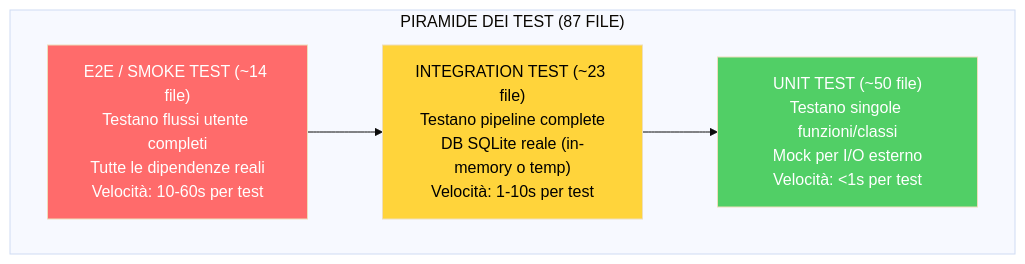
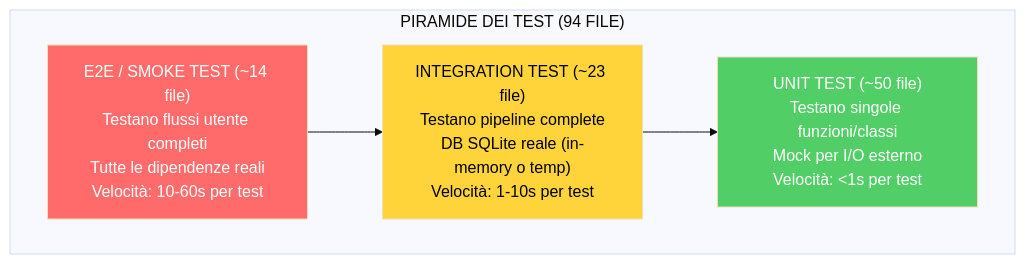
Diagram 42 of 55 in docs/books/Book-Coach-3.md (renanaugustomacena-ux/Counter-Strike-coach-AI), drawn with Mermaid (base theme) before and after one commit. The commit also changed other lines of this file, not shown here.

````diff
--- a/docs/books/Book-Coach-3.md
+++ b/docs/books/Book-Coach-3.md
@@ -2238,12 +2255,12 @@
 ```mermaid
 flowchart TB
-    subgraph PYRAMID["PIRAMIDE DEI TEST (87 FILE)"]
+    subgraph PYRAMID["PIRAMIDE DEI TEST (94 FILE)"]
         UNIT["UNIT TEST (~50 file)<br/>Testano singole funzioni/classi<br/>Mock per I/O esterno<br/>Velocità: <1s per test"]
         INTEG["INTEGRATION TEST (~23 file)<br/>Testano pipeline complete<br/>DB SQLite reale (in-memory o temp)<br/>Velocità: 1-10s per test"]
         E2E["E2E / SMOKE TEST (~14 file)<br/>Testano flussi utente completi<br/>Tutte le dipendenze reali<br/>Velocità: 10-60s per test"]
     end
     E2E --> INTEG --> UNIT
     style UNIT fill:#51cf66,color:#fff
     style INTEG fill:#ffd43b,color:#000
     style E2E fill:#ff6b6b,color:#fff
 ```
````
